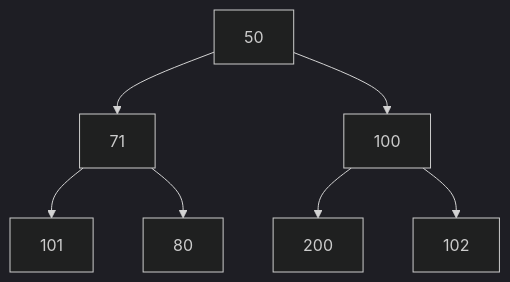
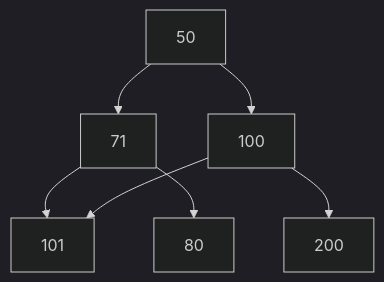
The sixth of 6 diagrams in src/pages/mermaid/tree.md (jappuccini/java-docs), drawn with Mermaid (dark theme) before and after one commit. The commit also changed other lines of this file and 8 other files, not shown here.

````diff
--- a/src/pages/mermaid/tree.md
+++ b/src/pages/mermaid/tree.md
@@ -127,9 +170,9 @@
 ```mermaid
 graph
   50-->71
   50-->100
   71-->101
   71-->80
   100-->200
-  100-->102
+  100-->101
 ```
````
